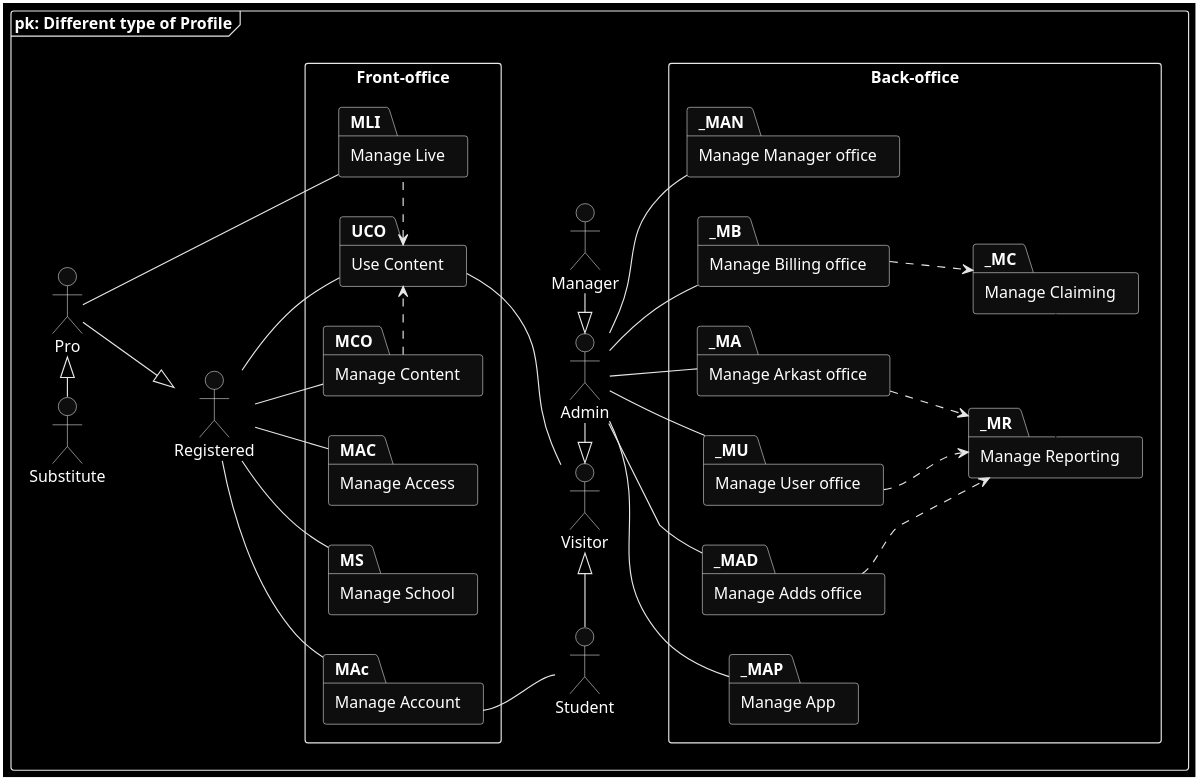
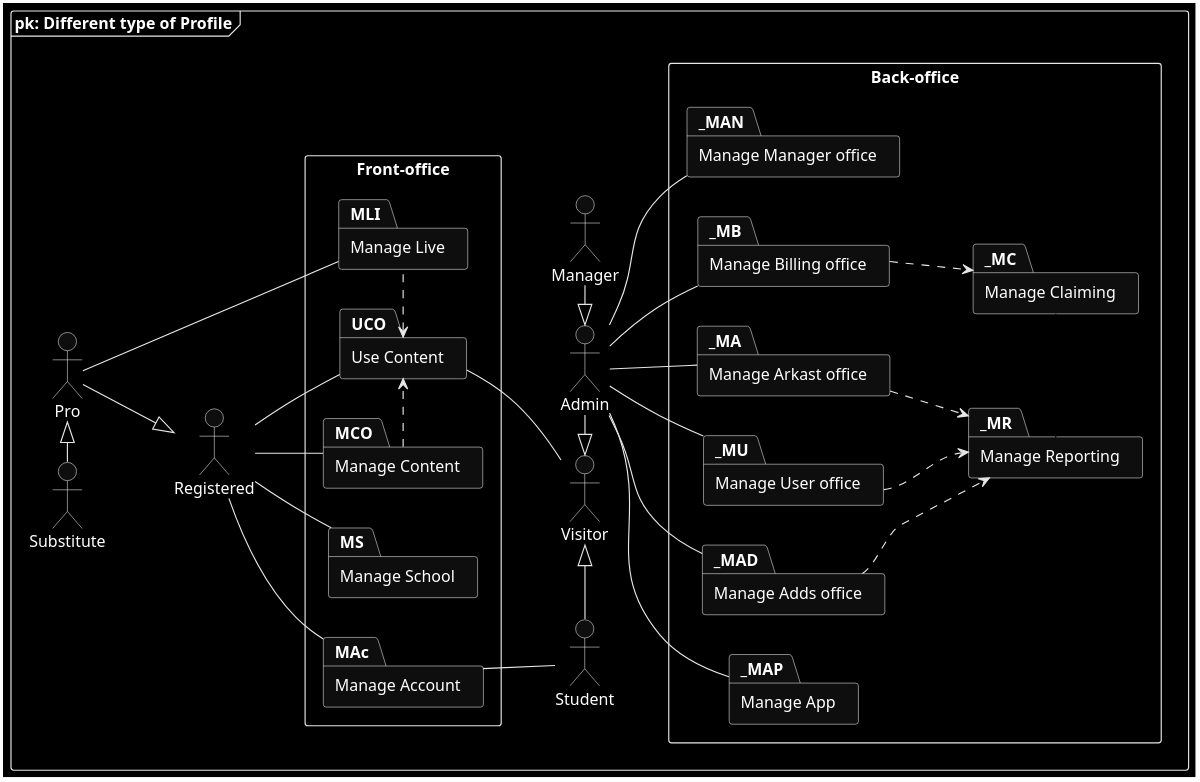
Before and after one commit to SSMM0498/arkad-conception: the diagram in models/1.UseCase/global/1.UseCase.puml, drawn with PlantUML. The commit also changed 7 other files, not shown here.

Commit message:
🌟 update use case diagram

```diff
--- a/models/1.UseCase/global/1.UseCase.puml
+++ b/models/1.UseCase/global/1.UseCase.puml
@@ -1,87 +1,84 @@
 @startuml "Package diagram"
 left to right direction
 skinparam shadowing false
 skinparam monochrome reverse
 
 frame "pk: Different type of Profile" {
     actor Registered
     actor Pro
     actor Substitute
     actor Visitor
     actor Admin
     actor Student
     actor Manager
 
     Registered <|-up- Pro
     Pro <|-left- Substitute
     Visitor <|-right- Admin
     Admin <|-right- Manager
     Visitor <|-left- Student
 
     rectangle "Front-office" {
         ' package "Services" as SE {
             package "Manage Live" as MLI {
             }
             package "Use Content" as UCO {
             }
             package "Manage Content" as MCO {
             }
-            package "Manage Access" as MAC {
-            }
             package "Manage School" as MS {
             }
             package "Manage Account" as MAc {
             }
             MLI .left.> UCO
             MCO .right.> UCO
         ' }
 
         ' package "Security" as S {
         ' }
 
         ' SE .left.> S
     }
 
     :Pro: -left- MLI
     :Registered: -- MAc
     :Registered: -- MCO
     :Registered: -- UCO
     :Student: -up- MAc
     :Visitor: -left- UCO
-    :Registered: -left- MAC
     :Registered: -right- MS
 
     rectangle "Back-office" {
         package "Manage Manager office" as _MAN {
         }
         package "Manage Arkast office" as _MA {
         }
         package "Manage User office" as _MU {
         }
         package "Manage Adds office" as _MAD {
         }
         package "Manage Billing office" as _MB {
         }
         package "Manage Reporting" as _MR {
         }
         package "Manage Claiming" as _MC {
         }
         package "Manage App" as _MAP {
         }
 
         _MR <|-right- _MC #line:white
         _MU .down.> _MR
         _MA .down.> _MR
         _MAD .down.> _MR
         _MB .down.> _MC
     }
 
     ' _SAP -- S
     :Admin: -down- _MAN
     :Admin: -down- _MAP
     :Admin: -down- _MA
     :Admin: -down- _MU
     :Admin: -down- _MAD
     :Admin: -down- _MB
 }
 @enduml
```
